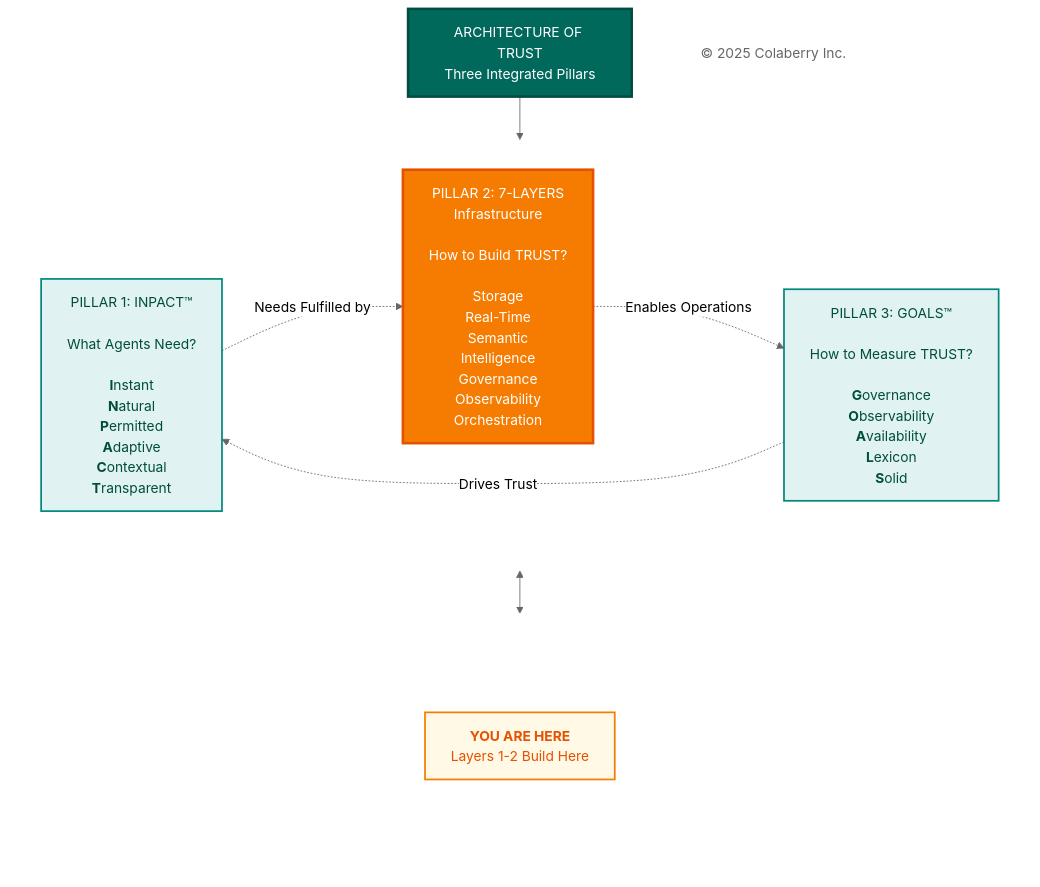
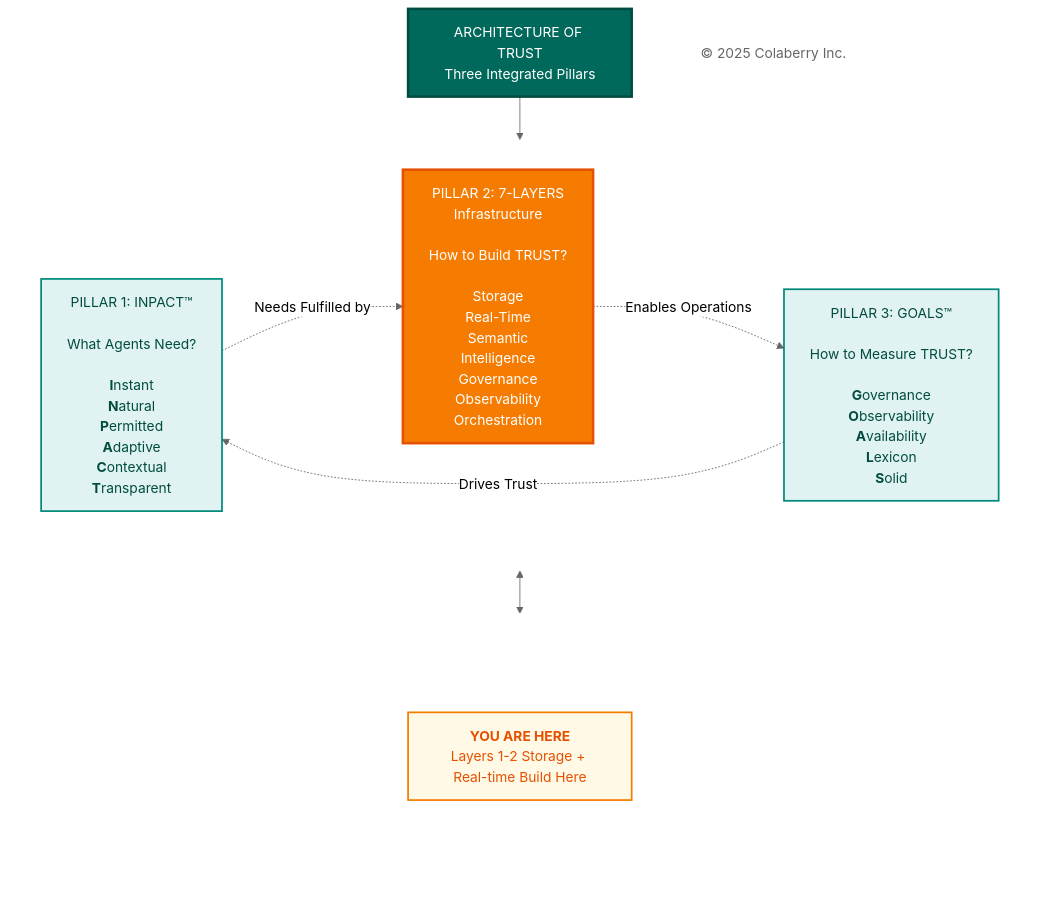
Before and after one commit to colaberry/trust-before-intelligence-book: the second of 11 diagrams in manuscript/05_chapter_4_foundation_layers.md, drawn with Mermaid (neutral theme). The commit also changed 1 other file, not shown here.

Commit message:
Fixing architecture of trust diagram
Fixing architecture of trust diagram

````diff
--- a/manuscript/05_chapter_4_foundation_layers.md
+++ b/manuscript/05_chapter_4_foundation_layers.md
@@ -53,43 +53,43 @@
 ```mermaid
 
 graph TB
     Title["ARCHITECTURE OF TRUST<br/>Three Integrated Pillars"]
     
     subgraph PILLARS[" "]
         direction LR
         INPACT["`PILLAR 1: INPACT™<br/><br/>What Agents Need?<br/><br/>**I**nstant<br/>**N**atural<br/>**P**ermitted<br/>**A**daptive<br/>**C**ontextual<br/>**T**ransparent`"]
         
         Layers["PILLAR 2: 7-LAYERS<br/>Infrastructure<br/><br/>How to Build TRUST?<br/><br/>Storage<br/>Real-Time<br/>Semantic<br/>Intelligence<br/>Governance<br/>Observability<br/>Orchestration"]
         
         GOALS["`PILLAR 3: GOALS™<br/><br/>How to Measure TRUST?<br/><br/>**G**overnance<br/>**O**bservability<br/>**A**vailability<br/>**L**exicon<br/>**S**olid`"]
     end
     
     subgraph INDICATOR[" "]
         direction LR
         Spacer1[" "]
-        YouAreHere["<b>YOU ARE HERE</b><br/>Layers 1-2 Build Here"]
+        YouAreHere["<b>YOU ARE HERE</b><br/>Layers 1-2 Storage + Real-time Build Here"]
         Spacer2[" "]
     end
     
     Copyright["© 2025 Colaberry Inc."]
     
     Title --> PILLARS
     PILLARS <--> INDICATOR
     
     INPACT -.->|"Needs Fulfilled by"| Layers
     Layers -.->|"Enables Operations"| GOALS
     GOALS -.->|"Drives Trust"| INPACT
 
     style Title fill:#00695c,color:#ffffff,stroke:#004d40,stroke-width:3px
     style PILLARS fill:none,stroke:none
     style INDICATOR fill:none,stroke:none
     style INPACT fill:#e0f2f1,stroke:#00897b,stroke-width:2px,color:#004d40
     style Layers fill:#f57c00,stroke:#e65100,stroke-width:3px,color:#ffffff
     style GOALS fill:#e0f2f1,stroke:#00897b,stroke-width:2px,color:#004d40
     style Spacer1 fill:none,stroke:none,color:transparent
     style YouAreHere fill:#fff9e6,stroke:#f57c00,stroke-width:2px,color:#e65100
     style Spacer2 fill:none,stroke:none,color:transparent
     style Copyright fill:#ffffff,stroke:none,color:#666666
 
 
 ```
````
